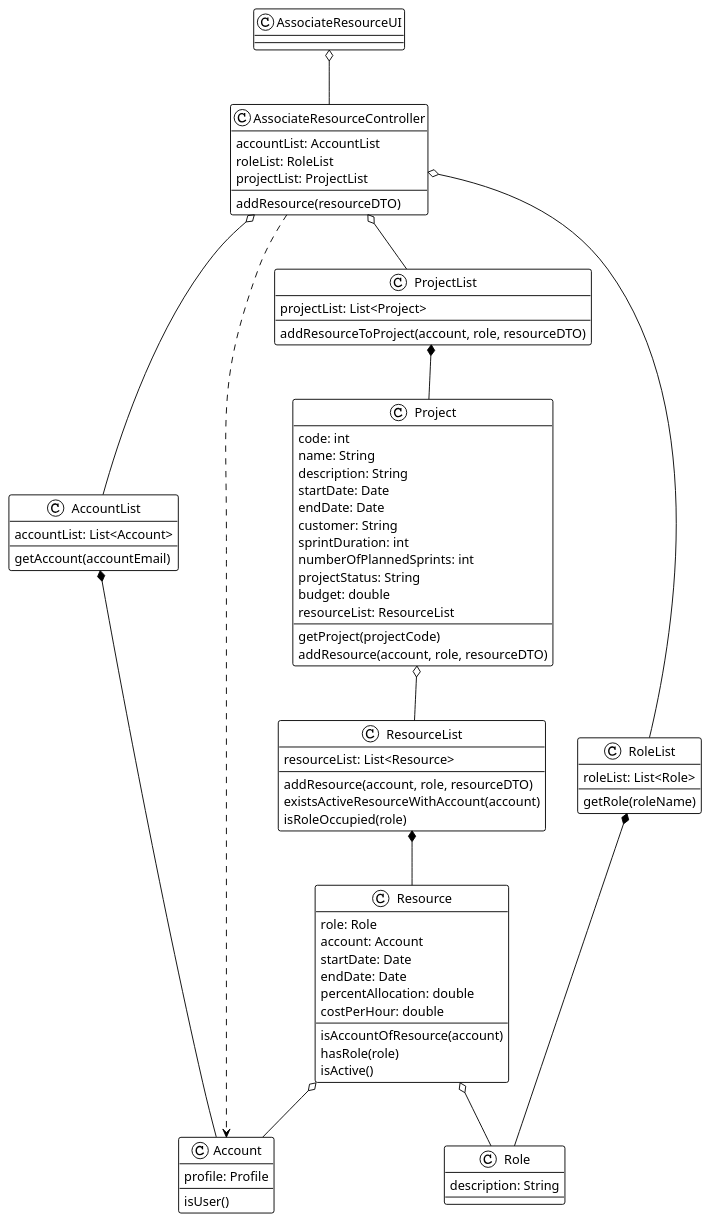
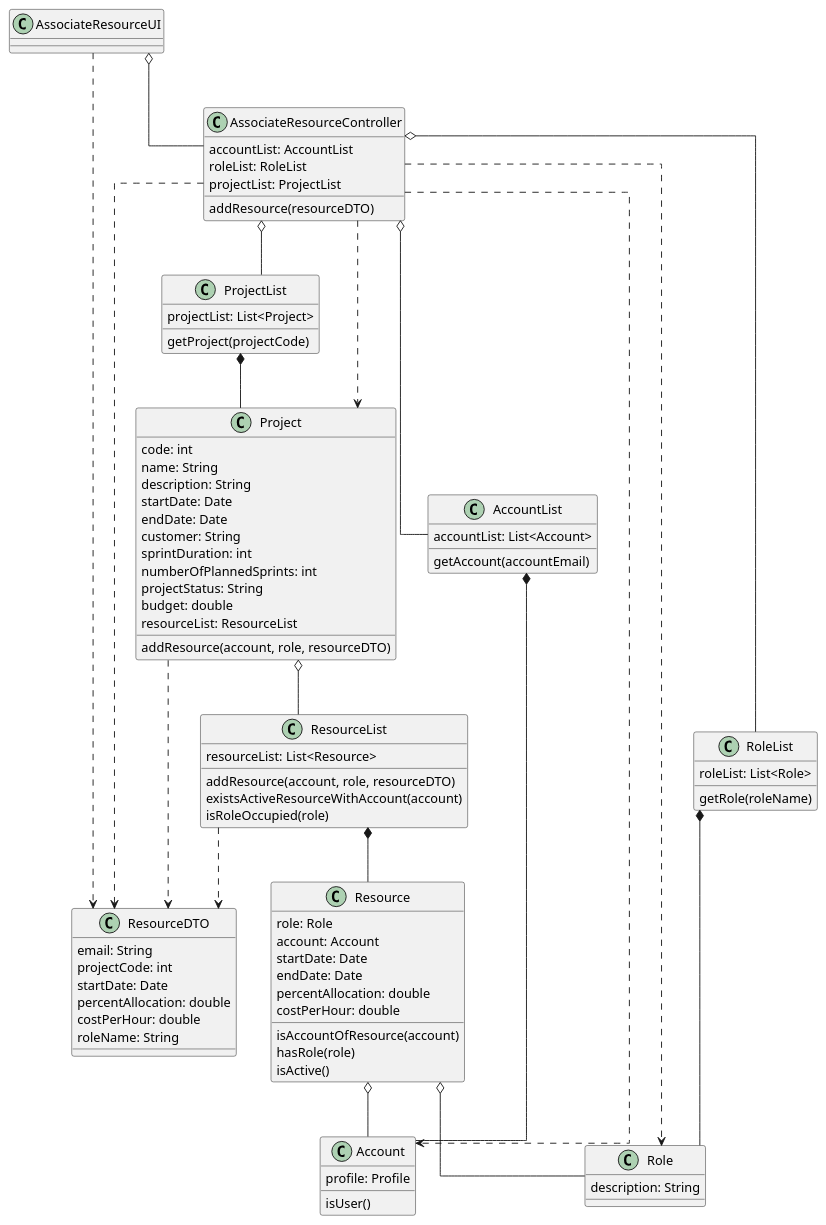
The diagram in docs/modelling_design/user_stories/us013/US013_DefineSMOfAProjectCD.puml (ivo-menezes/project_g3), drawn with PlantUML before and after one commit. The commit also changed 1 other file, not shown here.

Commit message:
US013: Design: update class diagram and sequence diagram

```diff
--- a/docs/modelling_design/user_stories/us013/US013_DefineSMOfAProjectCD.puml
+++ b/docs/modelling_design/user_stories/us013/US013_DefineSMOfAProjectCD.puml
@@ -1,85 +1,100 @@
 @startuml
-!theme plain
+
+skinparam linetype ortho
 
 class AssociateResourceUI {
+}
+
+class ResourceDTO {
+email: String
+projectCode: int
+startDate: Date
+percentAllocation: double
+costPerHour: double
+roleName: String
 }
 
 class AssociateResourceController {
 accountList: AccountList
 roleList: RoleList
 projectList: ProjectList
 addResource(resourceDTO)
 }
 
 class AccountList {
 accountList: List<Account>
 getAccount(accountEmail)
 }
 
 class Account {
 profile: Profile
 isUser()
 }
 
 class RoleList {
 roleList: List<Role>
 getRole(roleName)
 }
 
 class Role {
 description: String
 }
 
 class ProjectList {
 projectList: List<Project>
-addResourceToProject(account, role, resourceDTO)
+getProject(projectCode)
 }
 
 class Project {
 code: int
 name: String
 description: String
 startDate: Date
 endDate: Date
 customer: String
 sprintDuration: int
 numberOfPlannedSprints: int
 projectStatus: String
 budget: double
 resourceList: ResourceList
-getProject(projectCode)
 addResource(account, role, resourceDTO)
 }
 
 class ResourceList {
 resourceList: List<Resource>
 addResource(account, role, resourceDTO)
 existsActiveResourceWithAccount(account)
 isRoleOccupied(role)
 }
 
 class Resource {
 role: Role
 account: Account
 startDate: Date
 endDate: Date
 percentAllocation: double
 costPerHour: double
 isAccountOfResource(account)
 hasRole(role)
 isActive()
 }
 
 AssociateResourceUI o-- AssociateResourceController
 AssociateResourceController o-- ProjectList
 ProjectList *-- Project
 Project o-- ResourceList
 ResourceList *-- Resource
 AccountList *-- Account
 RoleList *-- Role
 AssociateResourceController o-- AccountList
 AssociateResourceController ..> Account
 AssociateResourceController o-- RoleList
 Resource o-- Account
 Resource o-- Role
+AssociateResourceUI ..> ResourceDTO
+AssociateResourceController ..> ResourceDTO
+Project ..> ResourceDTO
+ResourceList ..> ResourceDTO
+AssociateResourceController ..> Project
+AssociateResourceController ..> Role
 @enduml
```
